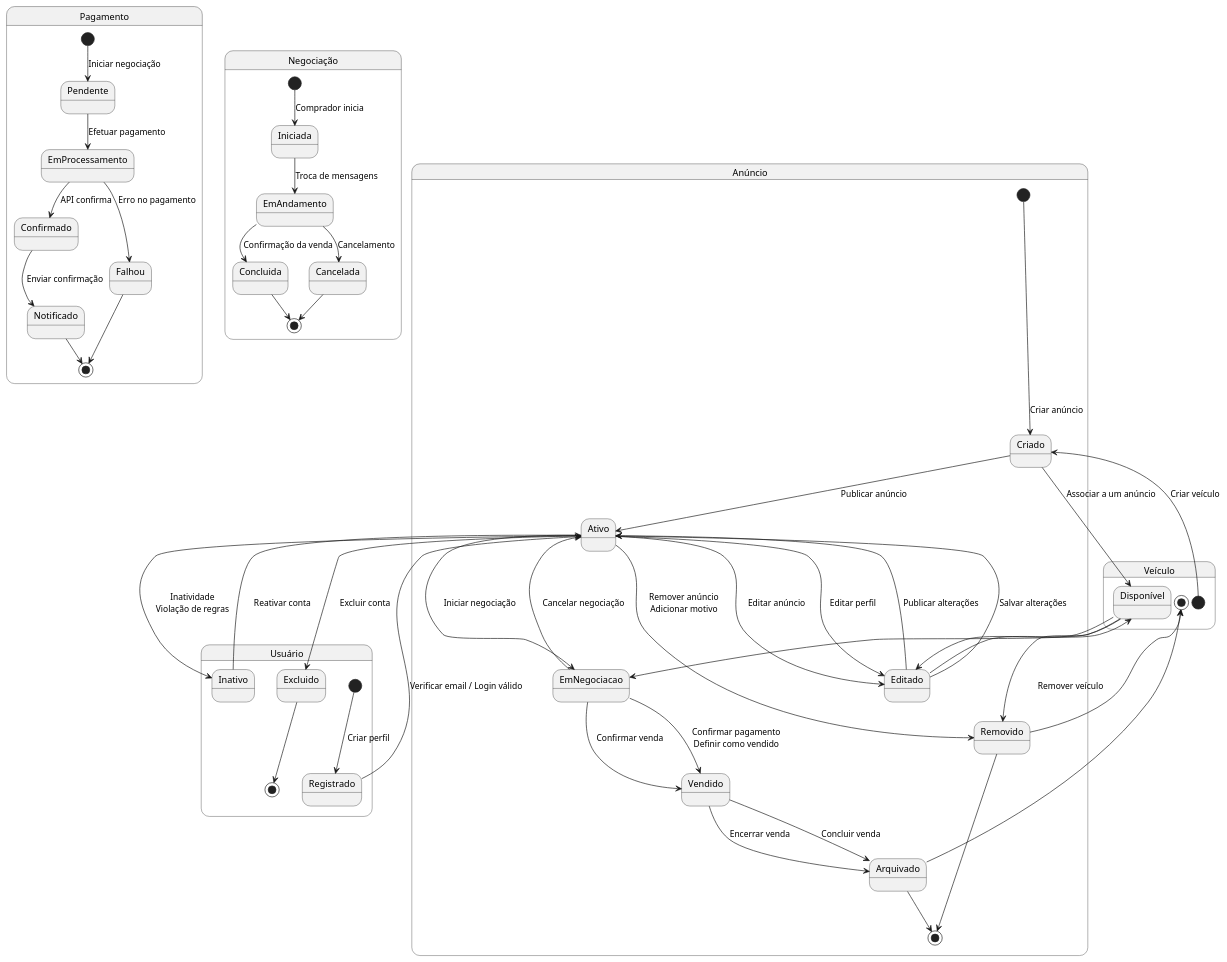
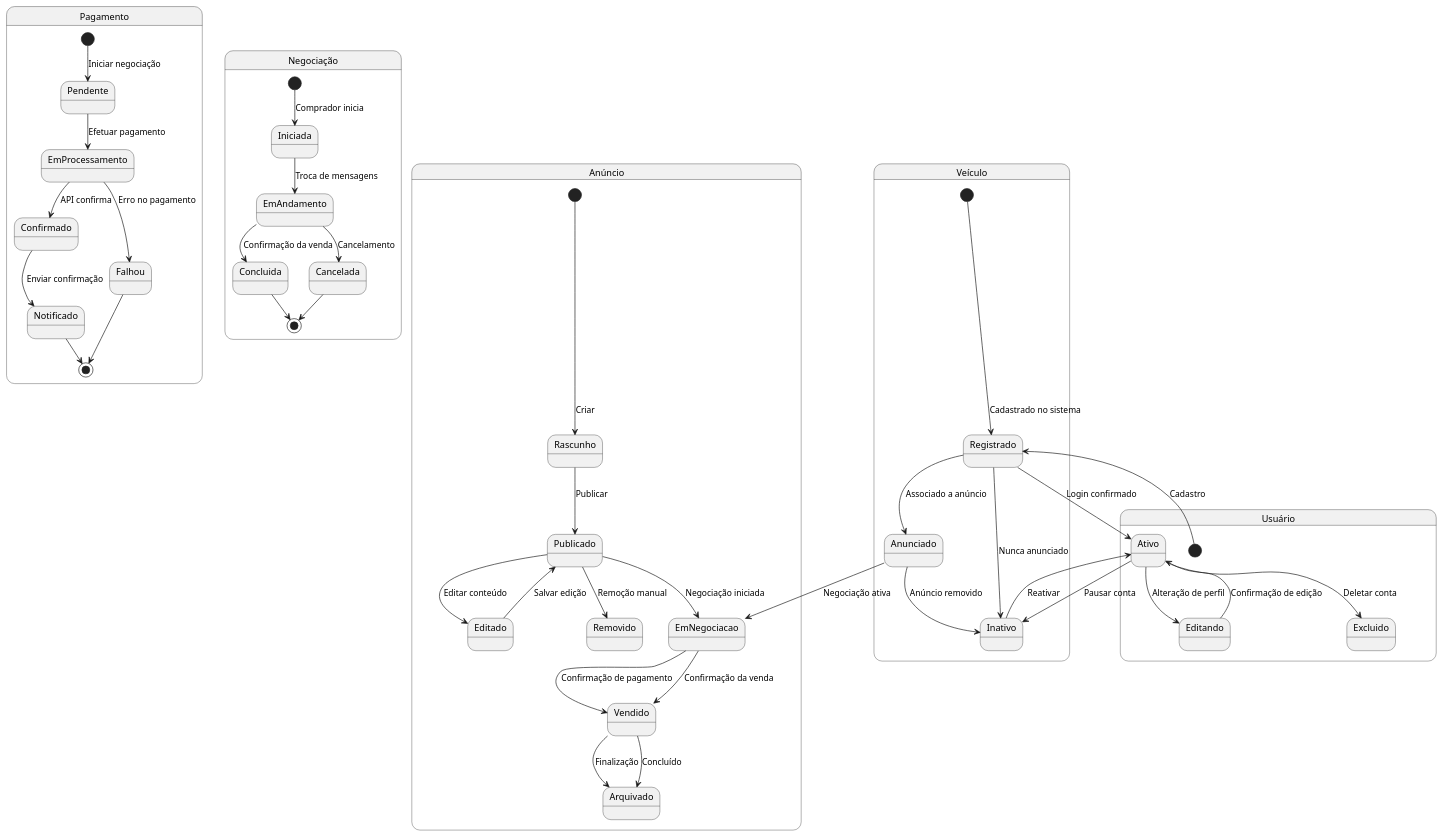
The diagram in diagrama_transicao_estado.md (guilhermeoliveirateo/sistema-compra-venda-veiculos), drawn with PlantUML before and after one commit.

````diff
--- a/diagrama_transicao_estado.md
+++ b/diagrama_transicao_estado.md
@@ -3,64 +3,63 @@
 ```plantuml
-' ================== Diagrama de Estado: Anúncio ==================
+' ============================
+' Diagrama de estado do ANÚNCIO
+' ============================
 state "Anúncio" as Anuncio {
-  [*] --> Criado : Criar anúncio
-  Criado --> Ativo : Publicar anúncio
-  Ativo --> EmNegociacao : Iniciar negociação
-  EmNegociacao --> Vendido : Confirmar pagamento\nDefinir como vendido
-  EmNegociacao --> Ativo : Cancelar negociação
-  Ativo --> Editado : Editar anúncio
-  Editado --> Ativo : Publicar alterações
-  Ativo --> Removido : Remover anúncio\nAdicionar motivo
-  Vendido --> Arquivado : Concluir venda
-  Removido --> [*]
-  Arquivado --> [*]
+  [*] --> Rascunho : Criar
+  Rascunho --> Publicado : Publicar
+  Publicado --> EmNegociacao : Negociação iniciada
+  EmNegociacao --> Vendido : Confirmação de pagamento
+  Vendido --> Arquivado : Finalização
+  Publicado --> Editado : Editar conteúdo
+  Editado --> Publicado : Salvar edição
+  Publicado --> Removido : Remoção manual
 }
 
-' ================== Diagrama de Estado: Veículo ==================
+' ============================
+' Diagrama de estado do VEÍCULO
+' ============================
 state "Veículo" as Veiculo {
-  [*] --> Criado : Criar veículo
-  Criado --> Disponível : Associar a um anúncio
-  Disponível --> EmNegociacao : Iniciar negociação
-  EmNegociacao --> Vendido : Confirmar venda
-  Vendido --> Arquivado : Encerrar venda
-  Disponível --> Editado : Editar veículo
-  Editado --> Disponível : Salvar alterações
-  Disponível --> Removido : Remover veículo
-  Removido --> [*]
-  Arquivado --> [*]
+  [*] --> Registrado : Cadastrado no sistema
+  Registrado --> Anunciado : Associado a anúncio
+  Anunciado --> EmNegociacao : Negociação ativa
+  EmNegociacao --> Vendido : Confirmação da venda
+  Vendido --> Arquivado : Concluído
+  Registrado --> Inativo : Nunca anunciado
+  Anunciado --> Inativo : Anúncio removido
 }
 
-' ================== Diagrama de Estado: Usuário ==================
+' ============================
+' Diagrama de estado do USUÁRIO
+' ============================
 state "Usuário" as Usuario {
-  [*] --> Registrado : Criar perfil
-  Registrado --> Ativo : Verificar email / Login válido
-  Ativo --> Editado : Editar perfil
-  Editado --> Ativo : Salvar alterações
-  Ativo --> Inativo : Inatividade\nViolação de regras
-  Ativo --> Excluido : Excluir conta
-  Excluido --> [*]
-  Inativo --> Ativo : Reativar conta
+  [*] --> Registrado : Cadastro
+  Registrado --> Ativo : Login confirmado
+  Ativo --> Editando : Alteração de perfil
+  Editando --> Ativo : Confirmação de edição
+  Ativo --> Inativo : Pausar conta
+  Inativo --> Ativo : Reativar
+  Ativo --> Excluido : Deletar conta
 }
 
 ' ================== Diagrama de Estado: Pagamento ==================
 state "Pagamento" as Pagamento {
   [*] --> Pendente : Iniciar negociação
   Pendente --> EmProcessamento : Efetuar pagamento
   EmProcessamento --> Confirmado : API confirma
   EmProcessamento --> Falhou : Erro no pagamento
   Confirmado --> Notificado : Enviar confirmação
   Notificado --> [*]
   Falhou --> [*]
 }
 
 ' ================== Diagrama de Estado: Negociação ==================
 state "Negociação" as Negociacao {
   [*] --> Iniciada : Comprador inicia
   Iniciada --> EmAndamento : Troca de mensagens
   EmAndamento --> Concluida : Confirmação da venda
   EmAndamento --> Cancelada : Cancelamento
   Concluida --> [*]
   Cancelada --> [*]
 }
 @enduml
 ```
````
